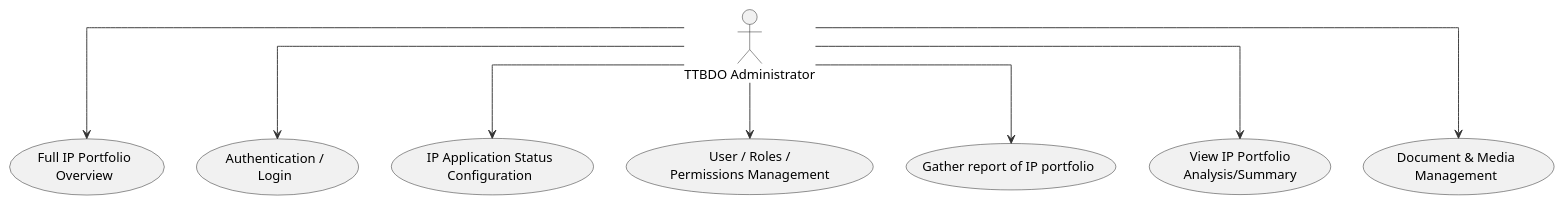
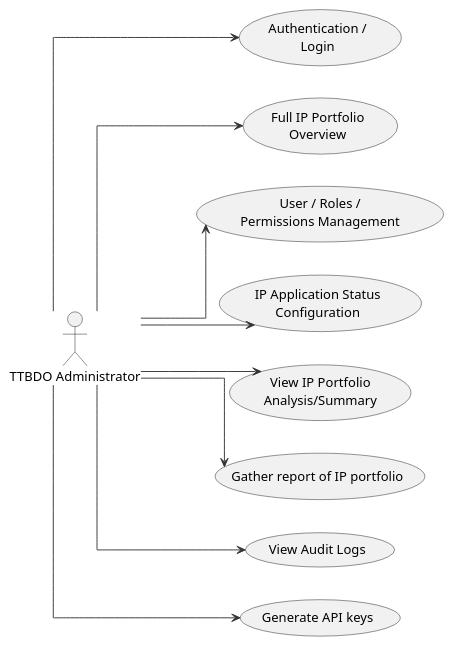
One commit to jrolana/iris changed the diagram in uml diagrams code/uc_admin.wsd. Above: the diagram before and after it, drawn with PlantUML. The commit also changed 9 other files, not shown here.

```diff
--- a/uml diagrams code/uc_admin.wsd
+++ b/uml diagrams code/uc_admin.wsd
@@ -1,40 +1,31 @@
 @startuml
+left to right direction
 skinparam shadowing false
 skinparam linetype ortho
 skinparam ArrowColor #333
 skinparam ArrowThickness 1
 skinparam NoteBorderColor white
 skinparam NoteBackgroundColor white
 
-' Actor at the very top (centered)
 actor "TTBDO Administrator" as ADMIN
 
-' Row 1
-together {
-  usecase "Authentication /\nLogin" as A_Login
-  usecase "Full IP Portfolio\nOverview" as A_Portfolio
-}
+usecase "Authentication /\nLogin" as A_Login
+usecase "Full IP Portfolio\nOverview" as A_Portfolio
+usecase "User / Roles /\nPermissions Management" as A_URP
+usecase "IP Application Status\nConfiguration" as A_StatusCfg
+usecase "View IP Portfolio\nAnalysis/Summary" as A_Stats
+usecase "Gather report of IP portfolio" as A_Report
+usecase "View Audit Logs" as A_Logs
+usecase "Generate API keys" as A_API
 
-' Row 2
-together {
-  usecase "User / Roles /\nPermissions Management" as A_URP
-  usecase "IP Application Status\nConfiguration" as A_StatusCfg
-}
-
-' Row 3
-together {
-  usecase "Document & Media\nManagement" as A_Doc
-  usecase "View IP Portfolio\nAnalysis/Summary" as A_Stats
-  usecase "Gather report of IP portfolio" as A_Report
-}
-
-' One arrow per interaction (top → down)
-ADMIN -down-> A_Login
-ADMIN -down-> A_Portfolio
-ADMIN -down-> A_Stats
-ADMIN -down-> A_URP
-ADMIN -down-> A_StatusCfg
-ADMIN -down-> A_Doc
-ADMIN -down-> A_Report
+' Connections
+ADMIN --> A_Login
+ADMIN --> A_Portfolio
+ADMIN --> A_URP
+ADMIN --> A_StatusCfg
+ADMIN --> A_Stats
+ADMIN --> A_Report
+ADMIN --> A_Logs
+ADMIN --> A_API
 
 @enduml
```
